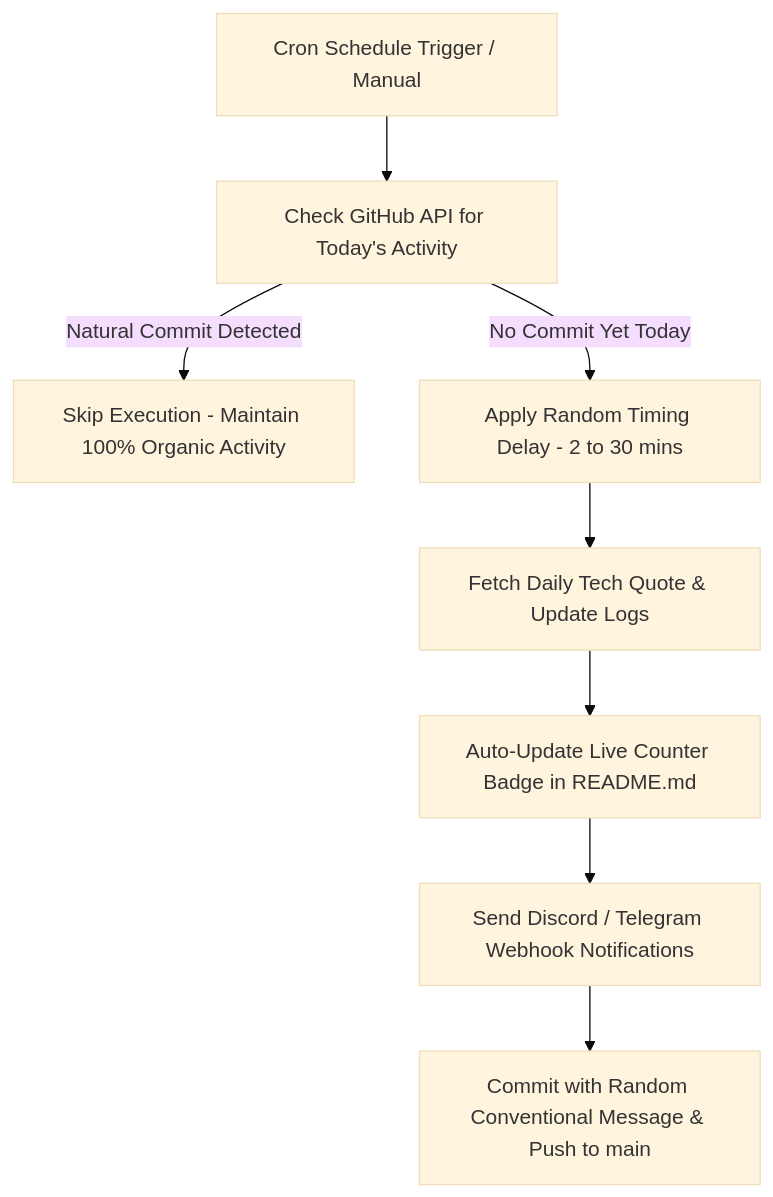
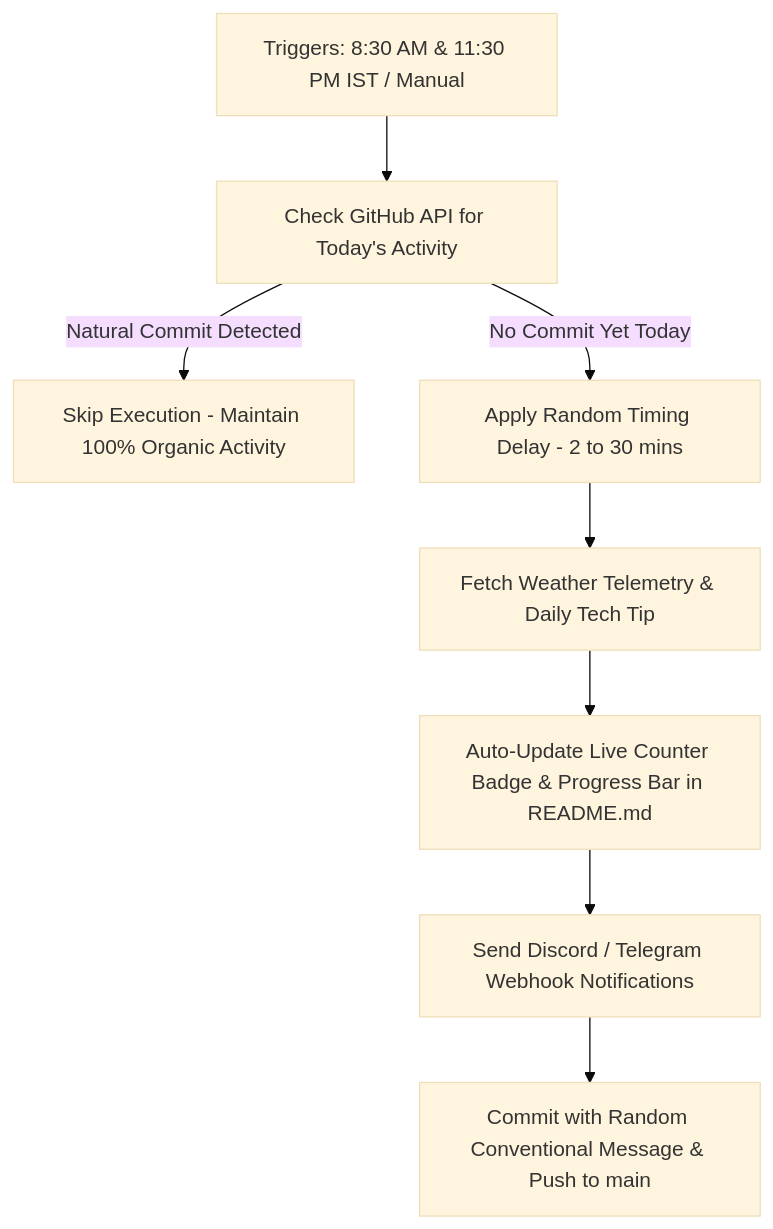
The diagram in README.md (Karnvendrasingh/evergreen-streak), drawn with Mermaid (base theme) before and after one commit. The commit also changed other lines of this file and 2 other files, not shown here.

Commit message:
feat: implement weather telemetry, tech tip engine, 11:30 PM fail-safe, and annual goal progress bar

````diff
--- a/README.md
+++ b/README.md
@@ -41,10 +50,10 @@
 ```mermaid
 flowchart TD
-    A[Cron Schedule Trigger / Manual] --> B[Check GitHub API for Today's Activity]
+    A[Triggers: 8:30 AM & 11:30 PM IST / Manual] --> B[Check GitHub API for Today's Activity]
     B -->|Natural Commit Detected| C[Skip Execution - Maintain 100% Organic Activity]
     B -->|No Commit Yet Today| D[Apply Random Timing Delay - 2 to 30 mins]
-    D --> E[Fetch Daily Tech Quote & Update Logs]
-    E --> F[Auto-Update Live Counter Badge in README.md]
+    D --> E[Fetch Weather Telemetry & Daily Tech Tip]
+    E --> F[Auto-Update Live Counter Badge & Progress Bar in README.md]
     F --> G[Send Discord / Telegram Webhook Notifications]
     G --> H[Commit with Random Conventional Message & Push to main]
 ```
````
